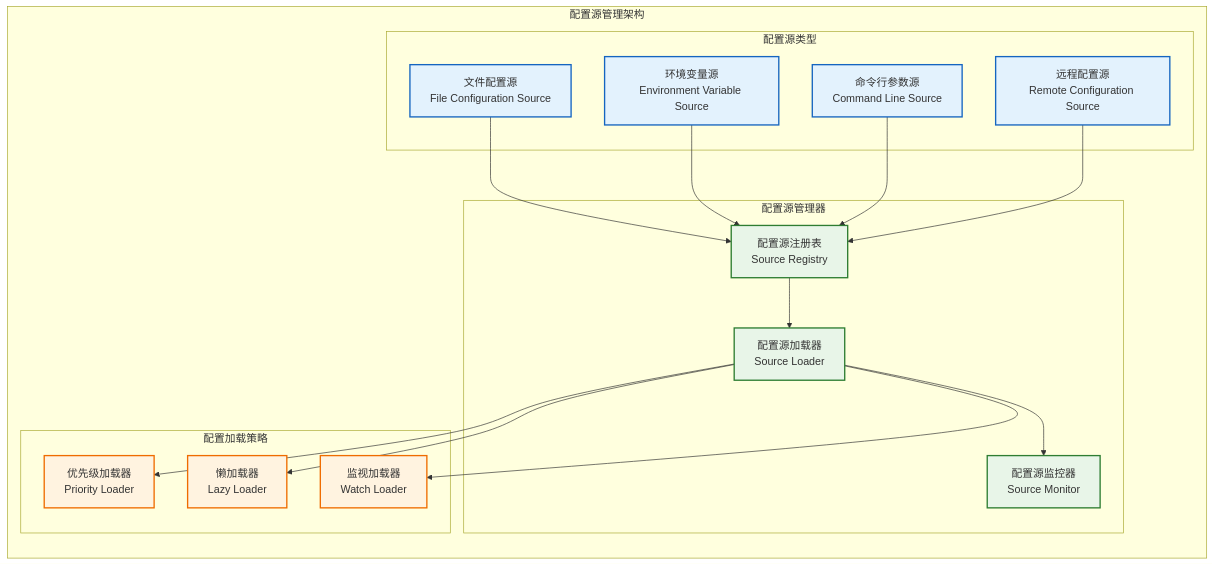
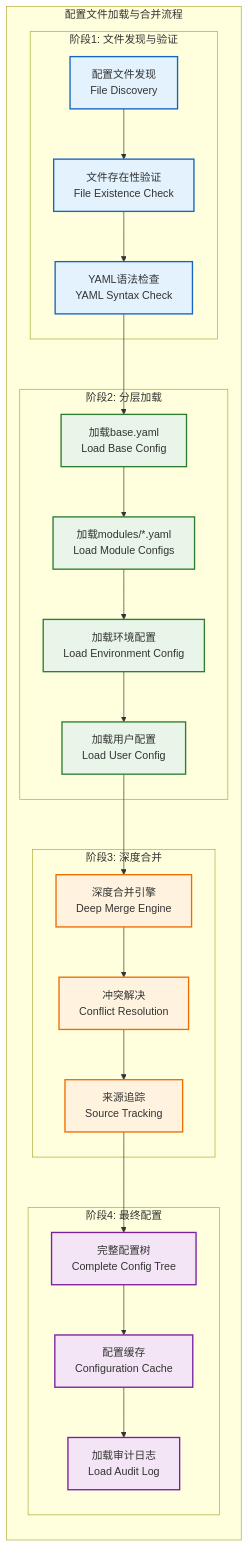
The third of 14 diagrams in docs/01_项目设计/02_模块设计/06_配置管理模块设计.md (wendizhou99-cell/Radar), drawn with Mermaid before and after one commit. The commit also changed other lines of this file and 22 other files, not shown here.

````diff
--- a/docs/01_项目设计/02_模块设计/06_配置管理模块设计.md
+++ b/docs/01_项目设计/02_模块设计/06_配置管理模块设计.md
@@ -208,46 +255,58 @@
 ```mermaid
-graph TB
-    subgraph "配置源管理架构"
+flowchart TB
+    subgraph "配置文件加载与合并流程"
         direction TB
 
-        subgraph "配置源类型"
-            FILE_SOURCE[文件配置源<br/>File Configuration Source]
-            ENV_SOURCE[环境变量源<br/>Environment Variable Source]
-            CMDLINE_SOURCE[命令行参数源<br/>Command Line Source]
-            REMOTE_SOURCE[远程配置源<br/>Remote Configuration Source]
+        subgraph "阶段1: 文件发现与验证"
+            DISCOVER[配置文件发现<br/>File Discovery]
+            VALIDATE_FILES[文件存在性验证<br/>File Existence Check]
+            SYNTAX_CHECK[YAML语法检查<br/>YAML Syntax Check]
         end
 
-        subgraph "配置源管理器"
-            SOURCE_REGISTRY[配置源注册表<br/>Source Registry]
-            SOURCE_LOADER[配置源加载器<br/>Source Loader]
-            SOURCE_MONITOR[配置源监控器<br/>Source Monitor]
+        subgraph "阶段2: 分层加载"
+            LOAD_BASE[加载base.yaml<br/>Load Base Config]
+            LOAD_MODULES[加载modules/*.yaml<br/>Load Module Configs]
+            LOAD_ENV[加载环境配置<br/>Load Environment Config]
+            LOAD_USER[加载用户配置<br/>Load User Config]
         end
 
-        subgraph "配置加载策略"
-            PRIORITY_LOADER[优先级加载器<br/>Priority Loader]
-            LAZY_LOADER[懒加载器<br/>Lazy Loader]
-            WATCH_LOADER[监视加载器<br/>Watch Loader]
+        subgraph "阶段3: 深度合并"
+            MERGE_ENGINE[深度合并引擎<br/>Deep Merge Engine]
+            CONFLICT_RESOLUTION[冲突解决<br/>Conflict Resolution]
+            SOURCE_TRACKING[来源追踪<br/>Source Tracking]
         end
 
-        %% 配置源管理流程
-        FILE_SOURCE --> SOURCE_REGISTRY
-        ENV_SOURCE --> SOURCE_REGISTRY
-        CMDLINE_SOURCE --> SOURCE_REGISTRY
-        REMOTE_SOURCE --> SOURCE_REGISTRY
+        subgraph "阶段4: 最终配置"
+            CONFIG_TREE[完整配置树<br/>Complete Config Tree]
+            CONFIG_CACHE[配置缓存<br/>Configuration Cache]
+            AUDIT_LOG[加载审计日志<br/>Load Audit Log]
+        end
 
-        SOURCE_REGISTRY --> SOURCE_LOADER
-        SOURCE_LOADER --> SOURCE_MONITOR
+        %% 流程连接
+        DISCOVER --> VALIDATE_FILES
+        VALIDATE_FILES --> SYNTAX_CHECK
+        SYNTAX_CHECK --> LOAD_BASE
 
-        SOURCE_LOADER --> PRIORITY_LOADER
-        SOURCE_LOADER --> LAZY_LOADER
-        SOURCE_LOADER --> WATCH_LOADER
+        LOAD_BASE --> LOAD_MODULES
+        LOAD_MODULES --> LOAD_ENV
+        LOAD_ENV --> LOAD_USER
+
+        LOAD_USER --> MERGE_ENGINE
+        MERGE_ENGINE --> CONFLICT_RESOLUTION
+        CONFLICT_RESOLUTION --> SOURCE_TRACKING
+
+        SOURCE_TRACKING --> CONFIG_TREE
+        CONFIG_TREE --> CONFIG_CACHE
+        CONFIG_CACHE --> AUDIT_LOG
     end
 
-    classDef source fill:#e3f2fd,stroke:#1565c0,stroke-width:2px
-    classDef manager fill:#e8f5e8,stroke:#2e7d32,stroke-width:2px
-    classDef strategy fill:#fff3e0,stroke:#ef6c00,stroke-width:2px
+    classDef discover fill:#e3f2fd,stroke:#1565c0,stroke-width:2px
+    classDef load fill:#e8f5e8,stroke:#2e7d32,stroke-width:2px
+    classDef merge fill:#fff3e0,stroke:#ef6c00,stroke-width:2px
+    classDef final fill:#f3e5f5,stroke:#7b1fa2,stroke-width:2px
 
-    class FILE_SOURCE,ENV_SOURCE,CMDLINE_SOURCE,REMOTE_SOURCE source
-    class SOURCE_REGISTRY,SOURCE_LOADER,SOURCE_MONITOR manager
-    class PRIORITY_LOADER,LAZY_LOADER,WATCH_LOADER strategy
+    class DISCOVER,VALIDATE_FILES,SYNTAX_CHECK discover
+    class LOAD_BASE,LOAD_MODULES,LOAD_ENV,LOAD_USER load
+    class MERGE_ENGINE,CONFLICT_RESOLUTION,SOURCE_TRACKING merge
+    class CONFIG_TREE,CONFIG_CACHE,AUDIT_LOG final
 ```
````
